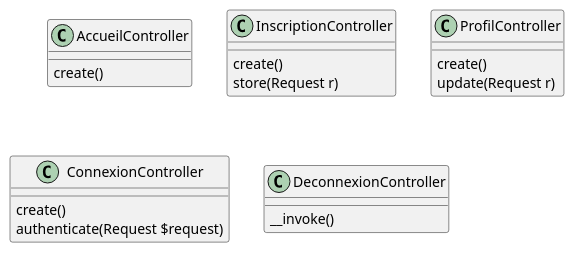
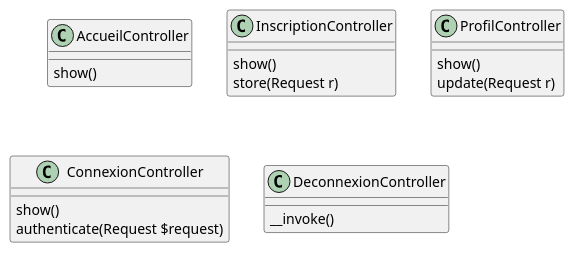
One commit to lmtb06/charevent changed the diagram in diagrammes/classes.puml. Above: the diagram before and after it, drawn with PlantUML.

Commit message:
Mise à jour du diagramme de classe

```diff
--- a/diagrammes/classes.puml
+++ b/diagrammes/classes.puml
@@ -1,26 +1,26 @@
 @startuml
 
 class AccueilController {
-	create()
+	show()
 }
 
 class InscriptionController {
-	create()
+	show()
 	store(Request r)
 }
 
 class ProfilController {
-	create()
+	show()
 	update(Request r)
 }
 
 class ConnexionController {
-	create()
+	show()
 	authenticate(Request $request)
 }
 
 class DeconnexionController {
 	__invoke()
 }
 
 @enduml
```
